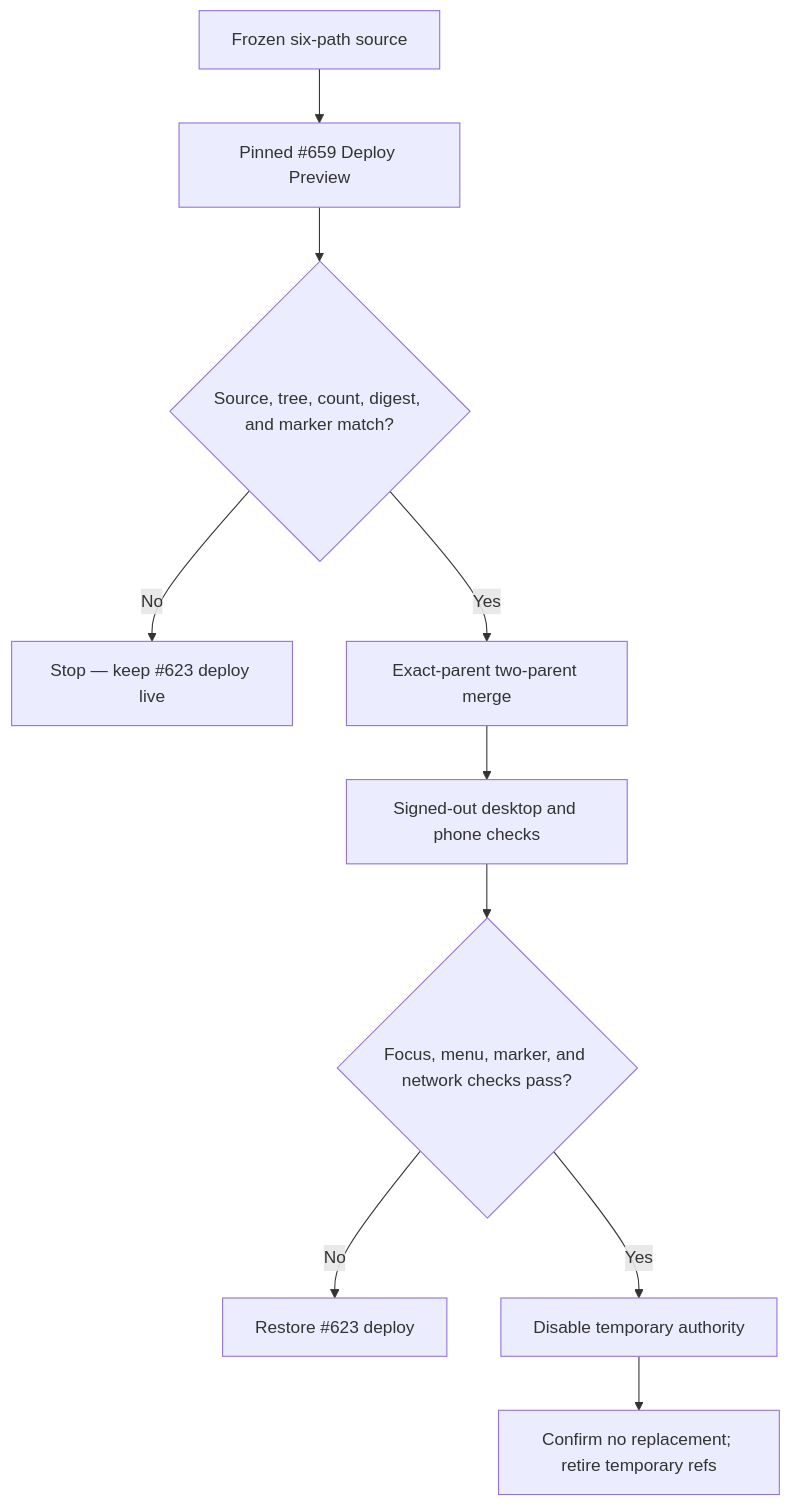
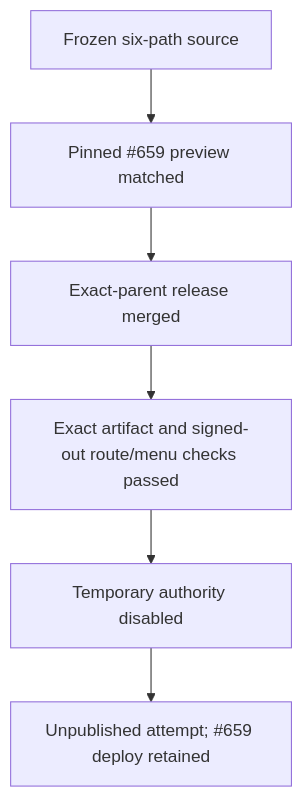
One commit to Run-MPRC/Run-MPRC.github.io changed the fourth of 7 diagrams in docs/officers/PUBLISH_AND_CHECK.md. Above: the diagram before and after it, drawn with Mermaid. The commit also changed other lines of this file and 13 other files, not shown here.

Commit message:
docs: record bounded keyboard focus release truth

````diff
--- a/docs/officers/PUBLISH_AND_CHECK.md
+++ b/docs/officers/PUBLISH_AND_CHECK.md
@@ -178,12 +178,8 @@
 ```mermaid
 flowchart TD
-    Source["Frozen six-path source"] --> Preview["Pinned #659 Deploy Preview"]
-    Preview --> Match{"Source, tree, count, digest, and marker match?"}
-    Match -- "No" --> Keep["Stop — keep #623 deploy live"]
-    Match -- "Yes" --> Merge["Exact-parent two-parent merge"]
-    Merge --> Public["Signed-out desktop and phone checks"]
-    Public --> Good{"Focus, menu, marker, and network checks pass?"}
-    Good -- "No" --> Rollback["Restore #623 deploy"]
-    Good -- "Yes" --> Repause["Disable temporary authority"]
-    Repause --> Verify["Confirm no replacement; retire temporary refs"]
+    Source["Frozen six-path source"] --> Preview["Pinned #659 preview matched"]
+    Preview --> Merge["Exact-parent release merged"]
+    Merge --> Public["Exact artifact and signed-out route/menu checks passed"]
+    Public --> Repause["Temporary authority disabled"]
+    Repause --> Verify["Unpublished attempt; #659 deploy retained"]
 ```
````
